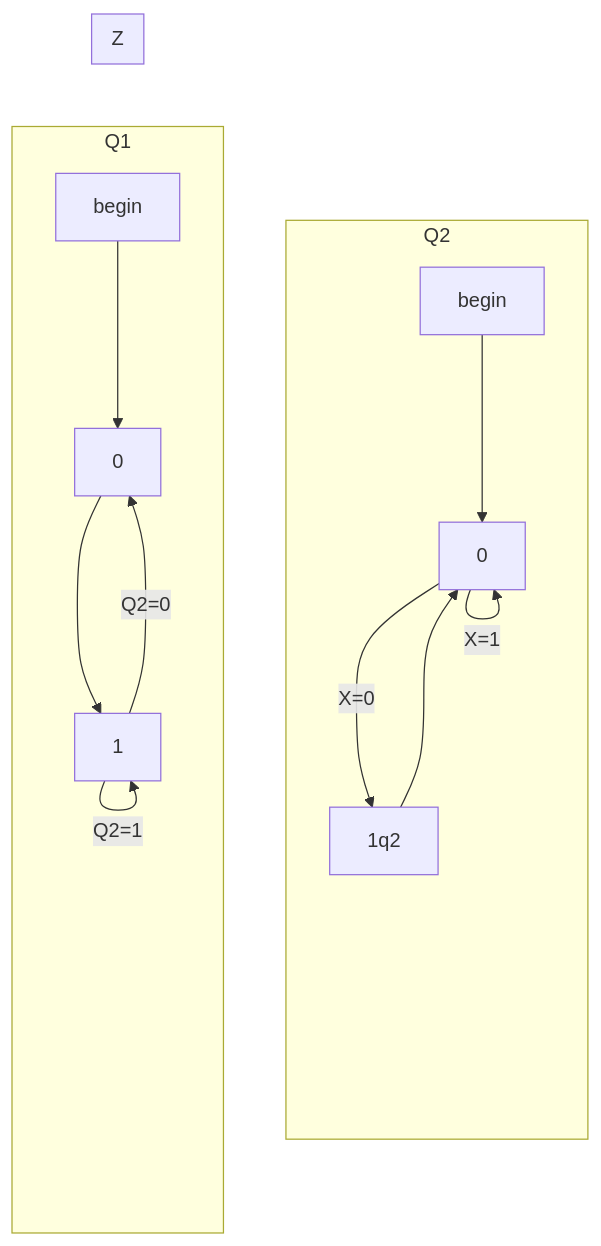
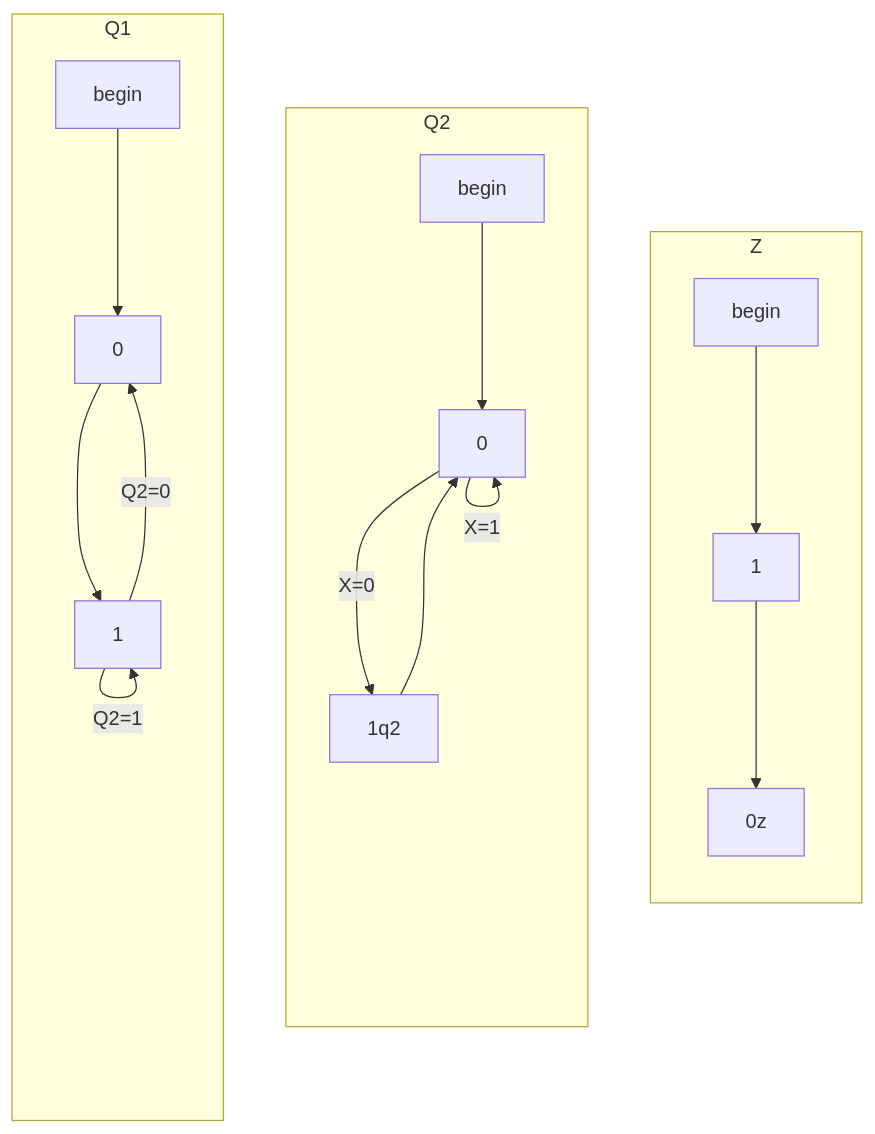
The second of 2 diagrams in CSDS 281 - Logic Design/HW/8/Tables.md (tnichols217/notes), drawn with Mermaid before and after one commit.

Commit message:
vault backup: 2024-04-03 22:53:54

````diff
--- a/CSDS 281 - Logic Design/HW/8/Tables.md
+++ b/CSDS 281 - Logic Design/HW/8/Tables.md
@@ -27,19 +27,20 @@
 ```mermaid
 flowchart LR
 subgraph Q1
 beginq1[begin] ---> 0q1[0]
 0q1 ---> 1q1[1]
 1q1 --->|Q2=1| 1q1 
 1q1 --->|Q2=0| 0q1
 end
 subgraph Q2
 beginq2[begin] ---> 0q2[0]
 0q2 --->|X=0| 1q2
 0q2 --->|X=1| 0q2
 1q2 ---> 0q2
 end
 subgraph Z
-
+beginz[begin] ---> 1z[1]
+1z ---> 0z
 end
-Q1 ~~~ Q2
+Q1 ~~~ Q2 ~~~ Z
 ```
````
